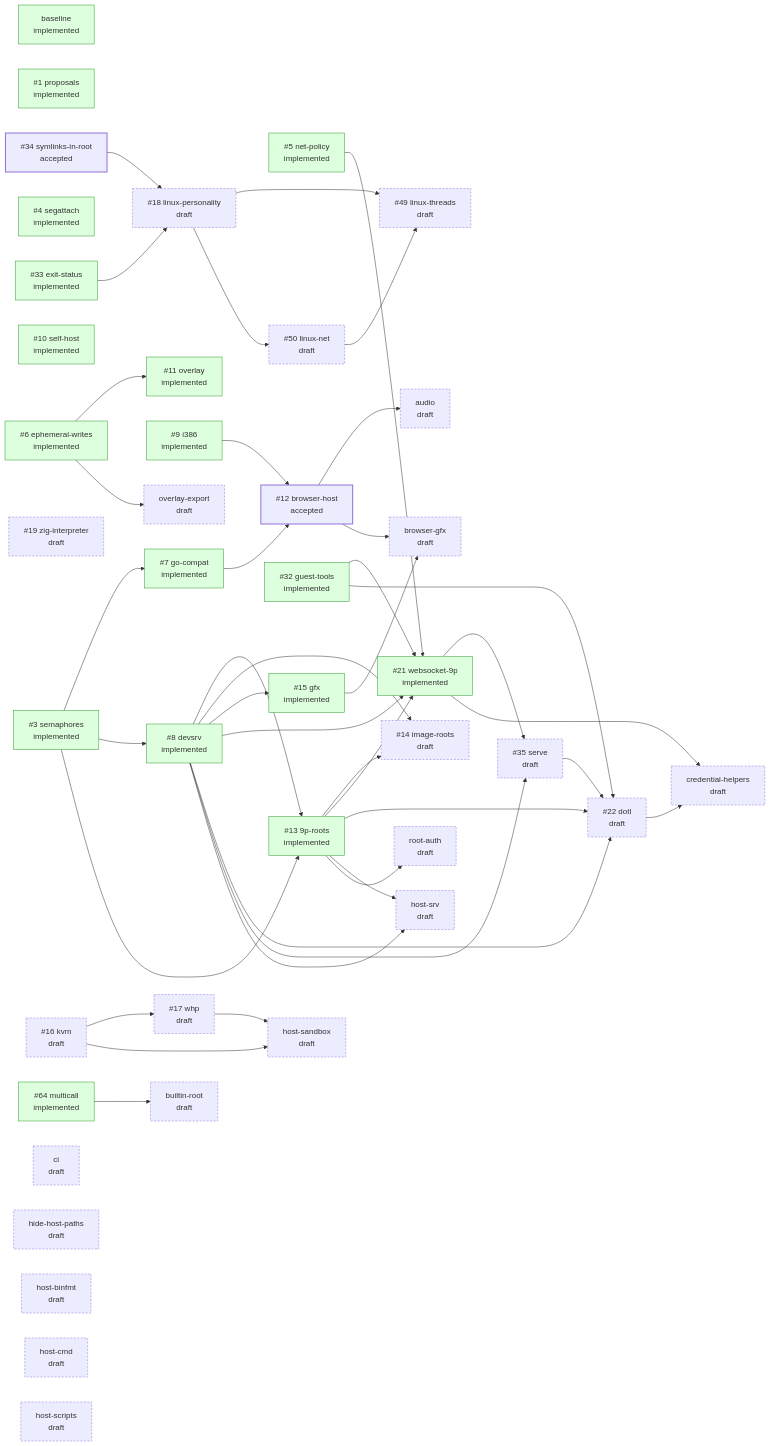
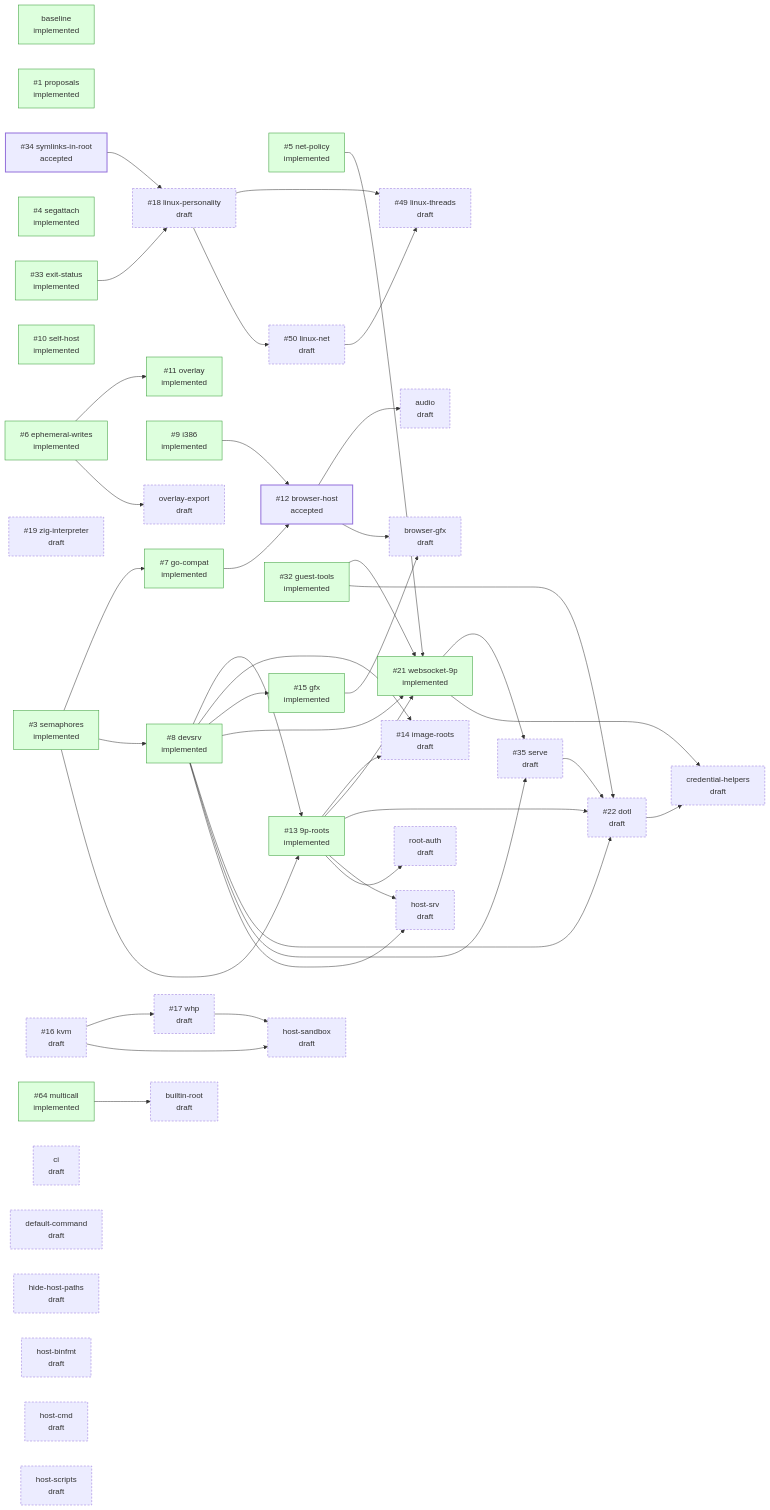
Before and after one commit to progrium/hyper9: the diagram in design/STATUS.md, drawn with Mermaid. The commit also changed other lines of this file, not shown here.

Commit message:
design: regenerate STATUS.md

```diff
--- a/design/STATUS.md
+++ b/design/STATUS.md
@@ -87,6 +88,7 @@
   p_builtin_root["builtin-root<br/>draft"]:::draft
   p_ci["ci<br/>draft"]:::draft
   p_credential_helpers["credential-helpers<br/>draft"]:::draft
+  p_default_command["default-command<br/>draft"]:::draft
   p_hide_host_paths["hide-host-paths<br/>draft"]:::draft
   p_host_binfmt["host-binfmt<br/>draft"]:::draft
   p_host_cmd["host-cmd<br/>draft"]:::draft
```
